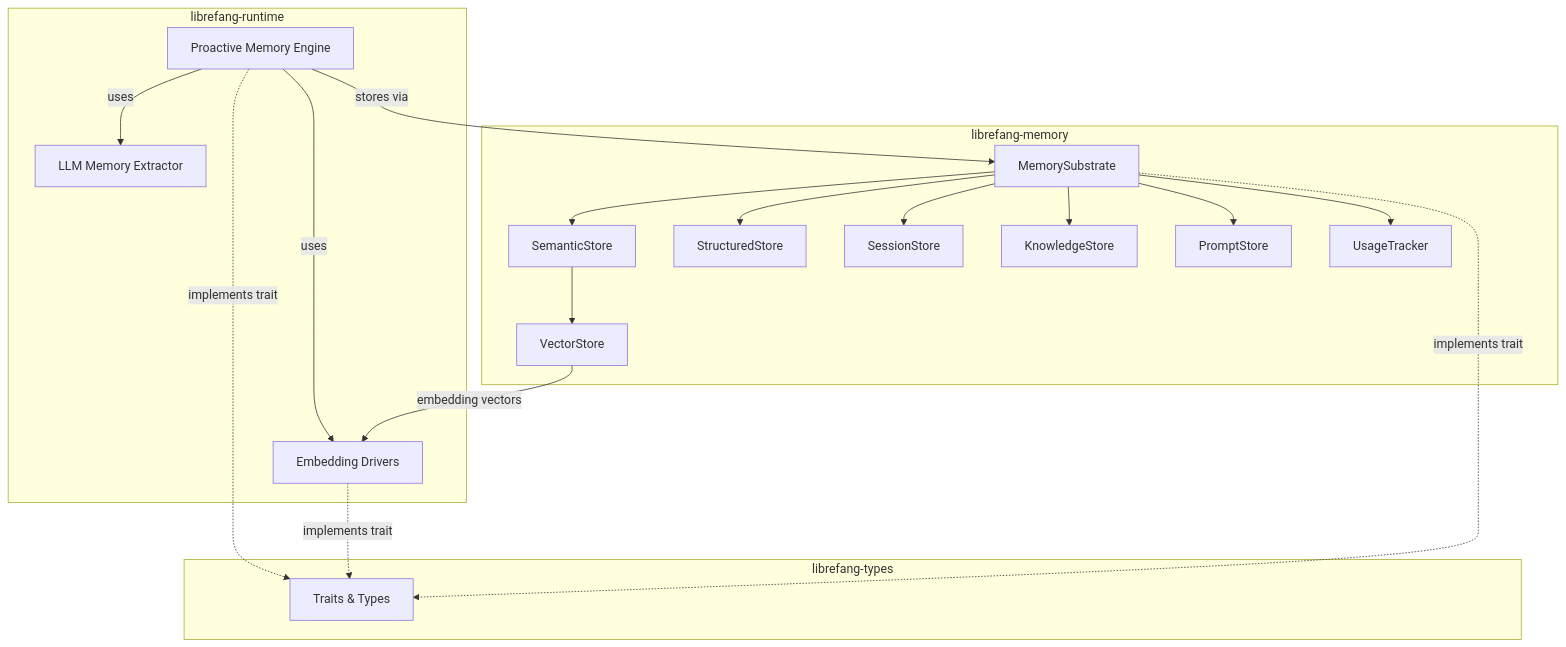
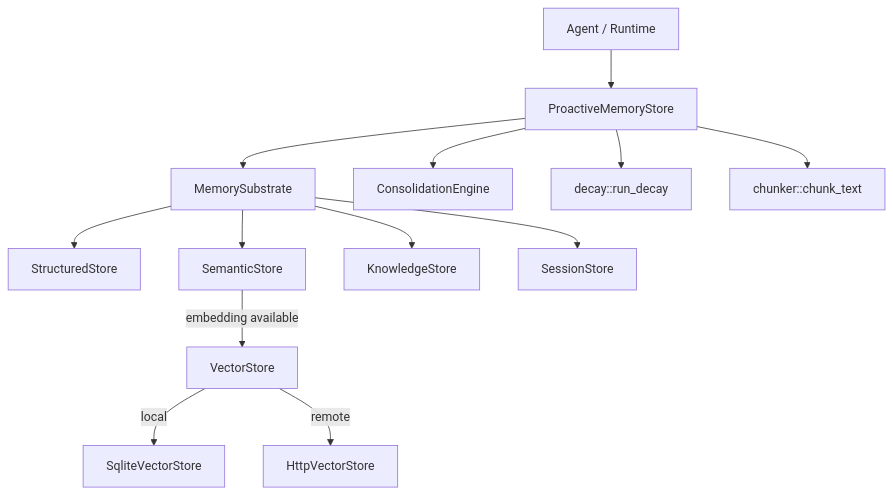
One commit to leszek3737/librefang-WIki changed the diagram in memory-system.md. Above: the diagram before and after it, drawn with Mermaid. The commit also changed other lines of this file and 118 other files, not shown here.

````diff
--- a/memory-system.md
+++ b/memory-system.md
@@ -17,39 +9,17 @@
 ```mermaid
 graph TD
-    subgraph "librefang-types"
-        T[Traits & Types]
-    end
+    A[Agent / Runtime] --> PMS[ProactiveMemoryStore]
+    PMS --> MS[MemorySubstrate]
+    MS --> SS[StructuredStore]
+    MS --> SEM[SemanticStore]
+    MS --> KS[KnowledgeStore]
+    MS --> SES[SessionStore]
 
-    subgraph "librefang-runtime"
-        ED[Embedding Drivers]
-        PM[Proactive Memory Engine]
-        LLM[LLM Memory Extractor]
-    end
+    SEM --> |"embedding available"| VS[VectorStore]
+    VS --> |"local"| SQLITE_VEC[SqliteVectorStore]
+    VS --> |"remote"| HTTP[HttpVectorStore]
 
-    subgraph "librefang-memory"
-        MS[MemorySubstrate]
-        SS[SemanticStore]
-        ST[StructuredStore]
-        SE[SessionStore]
-        KS[KnowledgeStore]
-        PS[PromptStore]
-        UT[UsageTracker]
-        VS[VectorStore]
-    end
-
-    PM -->|uses| ED
-    PM -->|uses| LLM
-    PM -->|stores via| MS
-    PM -.->|implements trait| T
-    ED -.->|implements trait| T
-    MS --> SS
-    MS --> ST
-    MS --> SE
-    MS --> KS
-    MS --> PS
-    MS --> UT
-    SS --> VS
-    MS -.->|implements trait| T
-
-    VS -->|embedding vectors| ED
+    PMS --> CE[ConsolidationEngine]
+    PMS --> DECAY[decay::run_decay]
+    PMS --> CHUNK[chunker::chunk_text]
 ```
````
